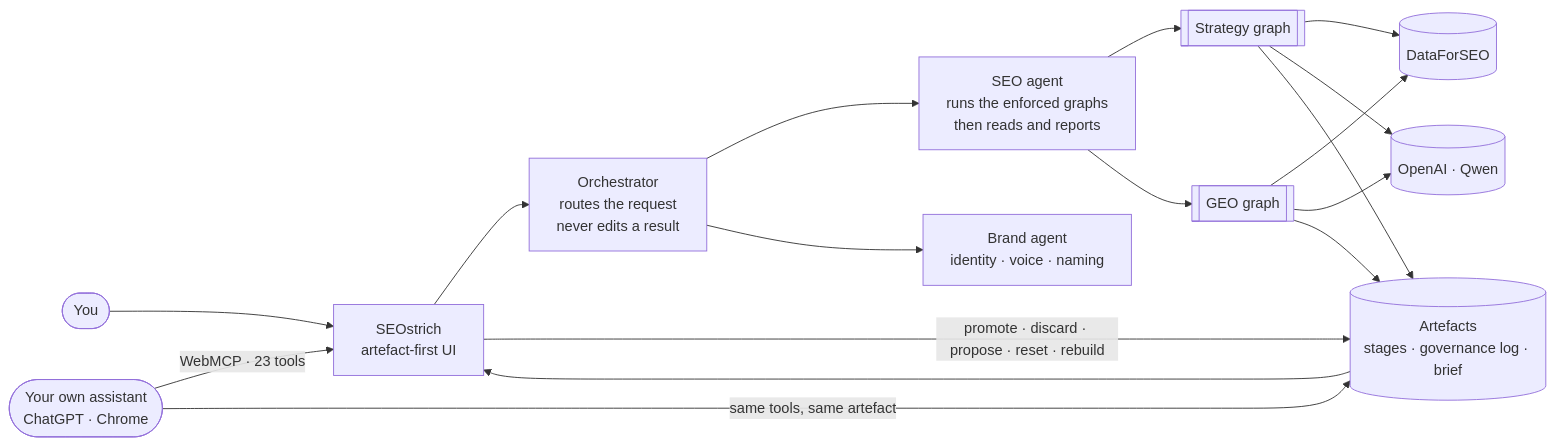
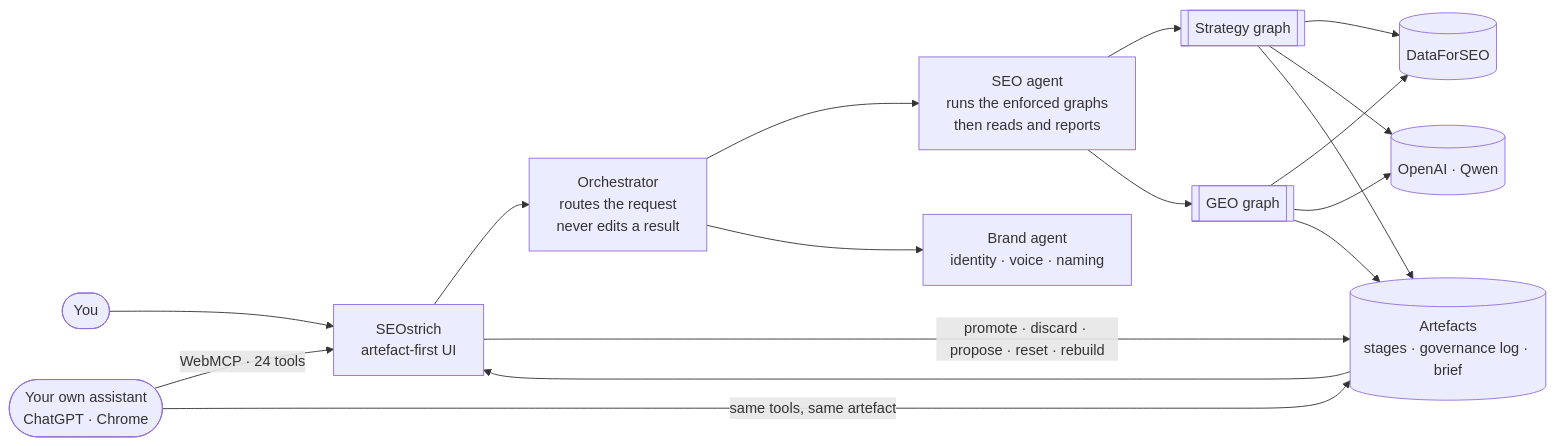
Before and after one commit to neobozrim/seostrich: the first of 3 diagrams in seo-agent/docs/graphs.md, drawn with Mermaid. The commit also changed 10 other files, not shown here.

First line of the commit message:
Research a keyword without touching the report; every question the GEO graph found; reports list themselves

````diff
--- a/seo-agent/docs/graphs.md
+++ b/seo-agent/docs/graphs.md
@@ -10,19 +10,19 @@
 ```mermaid
 flowchart LR
   U([You]) --> UI[SEOstrich<br/>artefact-first UI]
-  A([Your own assistant<br/>ChatGPT · Chrome]) -- "WebMCP · 23 tools" --> UI
+  A([Your own assistant<br/>ChatGPT · Chrome]) -- "WebMCP · 24 tools" --> UI
   UI --> O[Orchestrator<br/>routes the request<br/>never edits a result]
   O --> SEO[SEO agent<br/>runs the enforced graphs<br/>then reads and reports]
   O --> BR[Brand agent<br/>identity · voice · naming]
   SEO --> SG[[Strategy graph]]
   SEO --> GG[[GEO graph]]
   SG --> DFS[(DataForSEO)]
   GG --> DFS
   SG --> LLM[(OpenAI · Qwen)]
   GG --> LLM
   SG --> ST[(Artefacts<br/>stages · governance log · brief)]
   GG --> ST
   ST --> UI
   UI -- "promote · discard · propose · reset · rebuild" --> ST
   A -- "same tools, same artefact" --> ST
 ```
````
